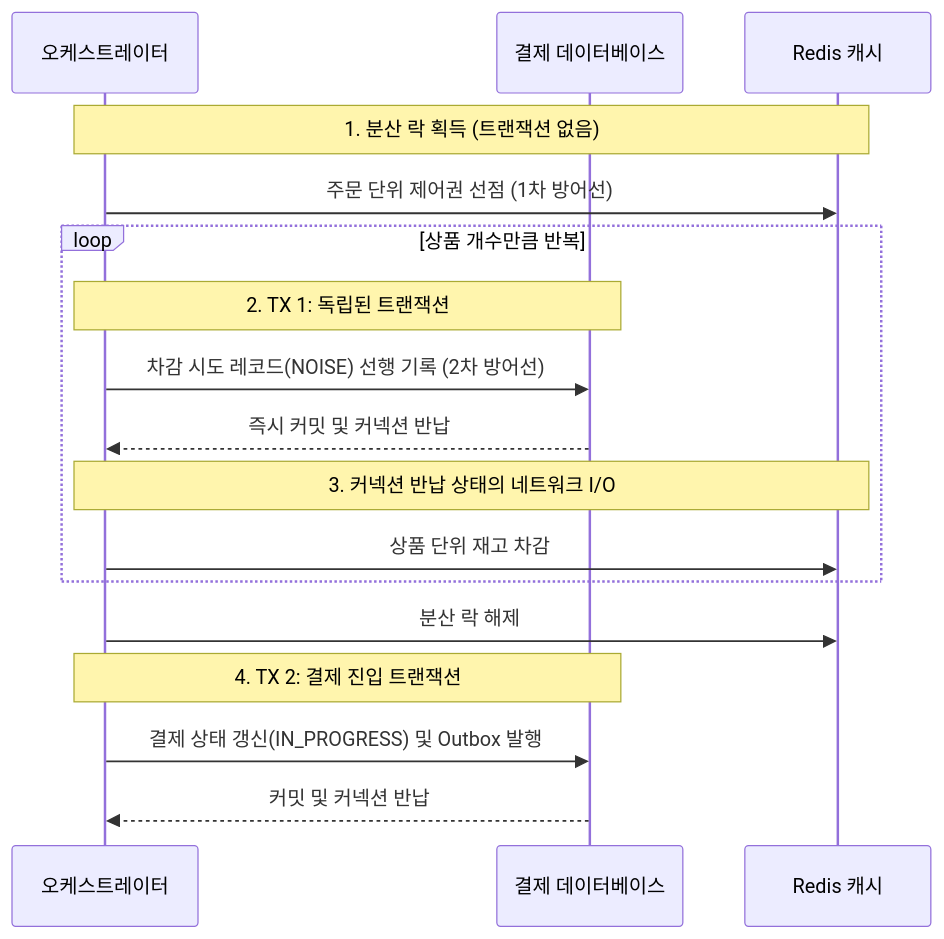
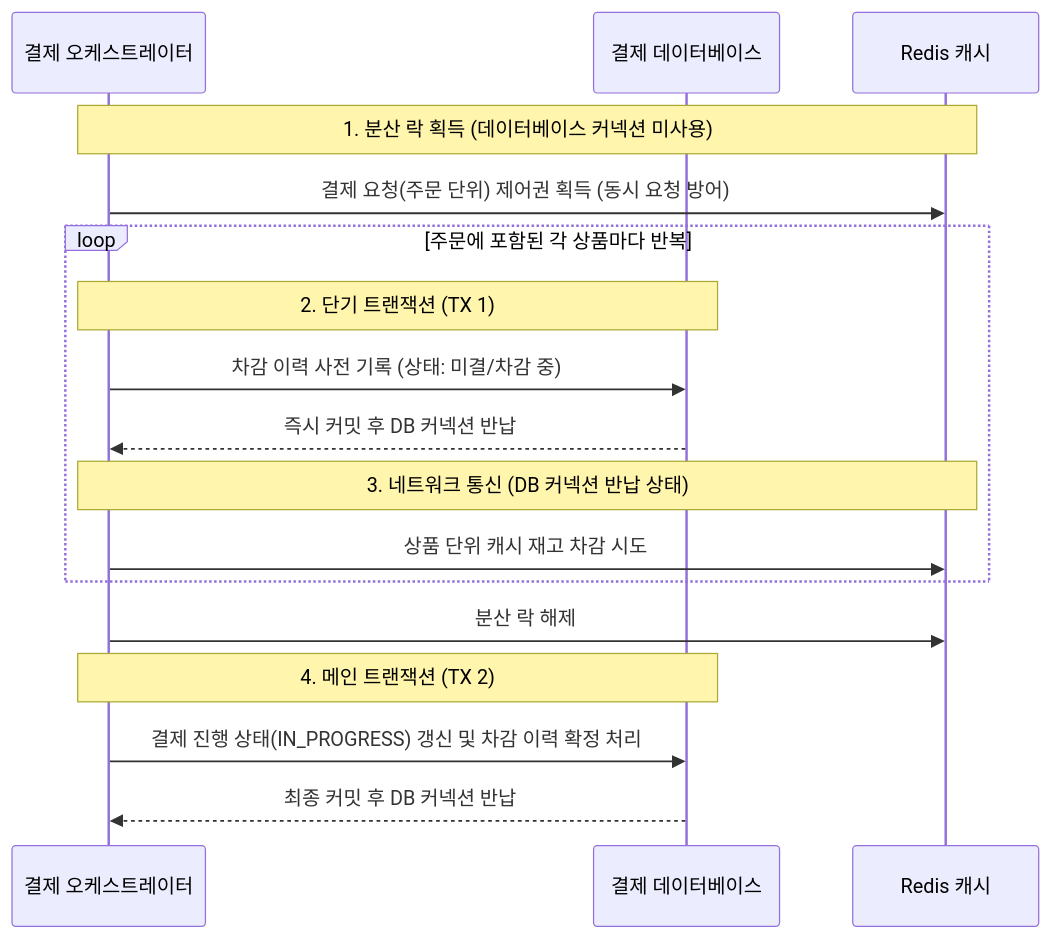
Before and after one commit to hyoguoo/hyoguoo.github.io: the fourth of 7 diagrams in src/content/docs/blog/stock-gate-per-product.md, drawn with Mermaid. The commit also changed other lines of this file, not shown here.

````diff
--- a/src/content/docs/blog/stock-gate-per-product.md
+++ b/src/content/docs/blog/stock-gate-per-product.md
@@ -301,21 +327,21 @@
 ```mermaid
 sequenceDiagram
-    participant O as 오케스트레이터
+    participant O as 결제 오케스트레이터
     participant DB as 결제 데이터베이스
     participant Redis as Redis 캐시
-    Note over O,Redis: 1. 분산 락 획득 (트랜잭션 없음)
-    O ->> Redis: 주문 단위 제어권 선점 (1차 방어선)
+    Note over O,Redis: 1. 분산 락 획득 (데이터베이스 커넥션 미사용)
+    O ->> Redis: 결제 요청(주문 단위) 제어권 획득 (동시 요청 방어)
 
-    loop 상품 개수만큼 반복
-        Note over O,DB: 2. TX 1: 독립된 트랜잭션
-        O ->> DB: 차감 시도 레코드(NOISE) 선행 기록 (2차 방어선)
-        DB -->> O: 즉시 커밋 및 커넥션 반납
-        Note over O,Redis: 3. 커넥션 반납 상태의 네트워크 I/O
-        O ->> Redis: 상품 단위 재고 차감
+    loop 주문에 포함된 각 상품마다 반복
+        Note over O,DB: 2. 단기 트랜잭션 (TX 1)
+        O ->> DB: 차감 이력 사전 기록 (상태: 미결/차감 중)
+        DB -->> O: 즉시 커밋 후 DB 커넥션 반납
+        Note over O,Redis: 3. 네트워크 통신 (DB 커넥션 반납 상태)
+        O ->> Redis: 상품 단위 캐시 재고 차감 시도
     end
 
     O ->> Redis: 분산 락 해제
-    Note over O,DB: 4. TX 2: 결제 진입 트랜잭션
-    O ->> DB: 결제 상태 갱신(IN_PROGRESS) 및 Outbox 발행
-    DB -->> O: 커밋 및 커넥션 반납
+    Note over O,DB: 4. 메인 트랜잭션 (TX 2)
+    O ->> DB: 결제 진행 상태(IN_PROGRESS) 갱신 및 차감 이력 확정 처리
+    DB -->> O: 최종 커밋 후 DB 커넥션 반납
 ```
````
